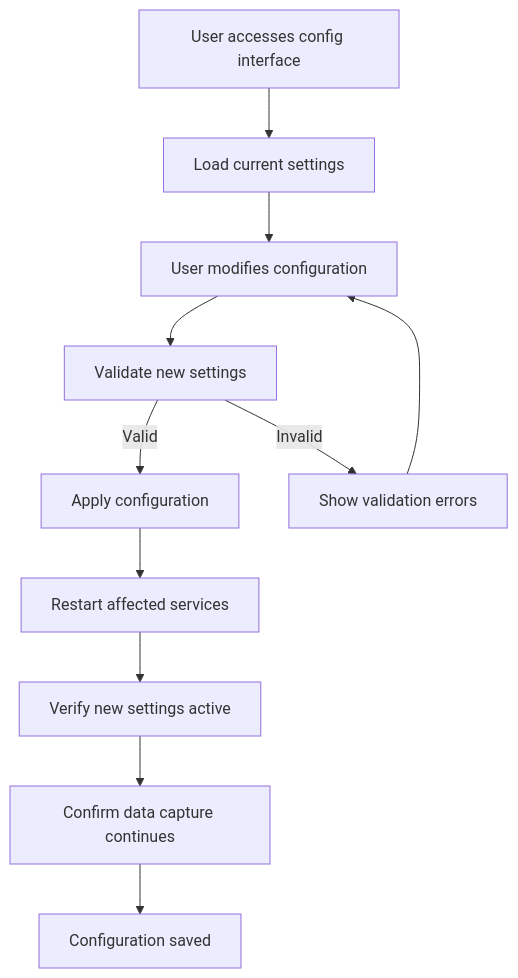
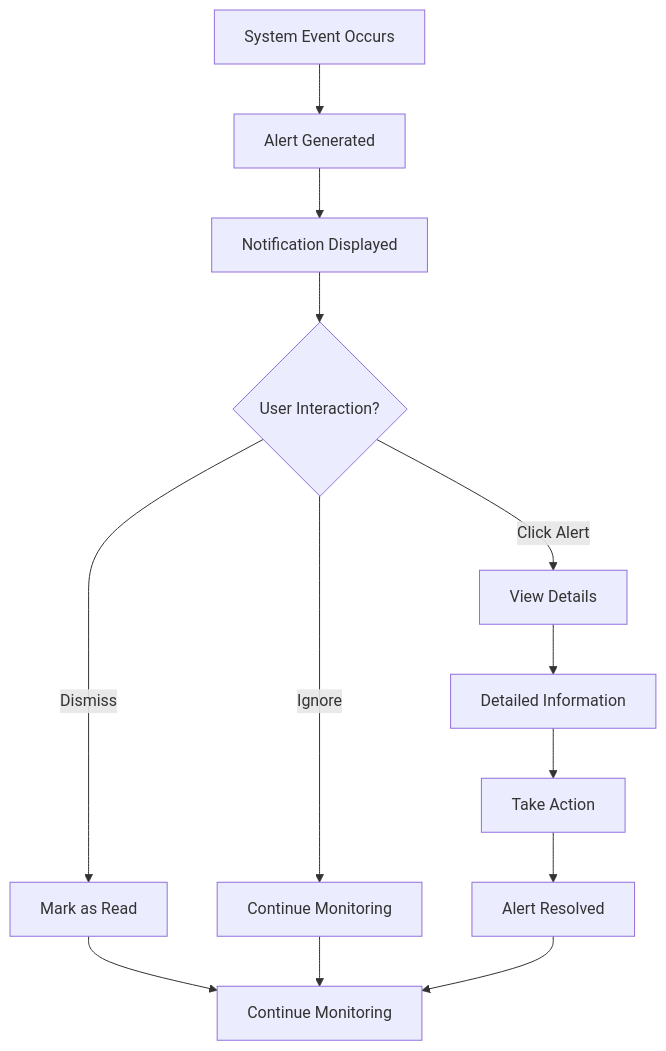
Before and after one commit to wtthornton/ha-ingestor: the third of 4 diagrams in docs/front-end-spec.md, drawn with Mermaid. The commit also changed other lines of this file and 226 other files, not shown here.

````diff
--- a/docs/front-end-spec.md
+++ b/docs/front-end-spec.md
@@ -187,13 +136,15 @@
 ```mermaid
 graph TD
-    A[User accesses config interface] --> B[Load current settings]
-    B --> C[User modifies configuration]
-    C --> D[Validate new settings]
-    D -->|Valid| E[Apply configuration]
-    D -->|Invalid| F[Show validation errors]
-    F --> C
-    E --> G[Restart affected services]
-    G --> H[Verify new settings active]
-    H --> I[Confirm data capture continues]
-    I --> J[Configuration saved]
+    A[System Event Occurs] --> B[Alert Generated]
+    B --> C[Notification Displayed]
+    C --> D{User Interaction?}
+    D -->|Click Alert| E[View Details]
+    D -->|Dismiss| F[Mark as Read]
+    D -->|Ignore| G[Continue Monitoring]
+    E --> H[Detailed Information]
+    H --> I[Take Action]
+    I --> J[Alert Resolved]
+    F --> K[Continue Monitoring]
+    G --> K
+    J --> K
 ```
````
